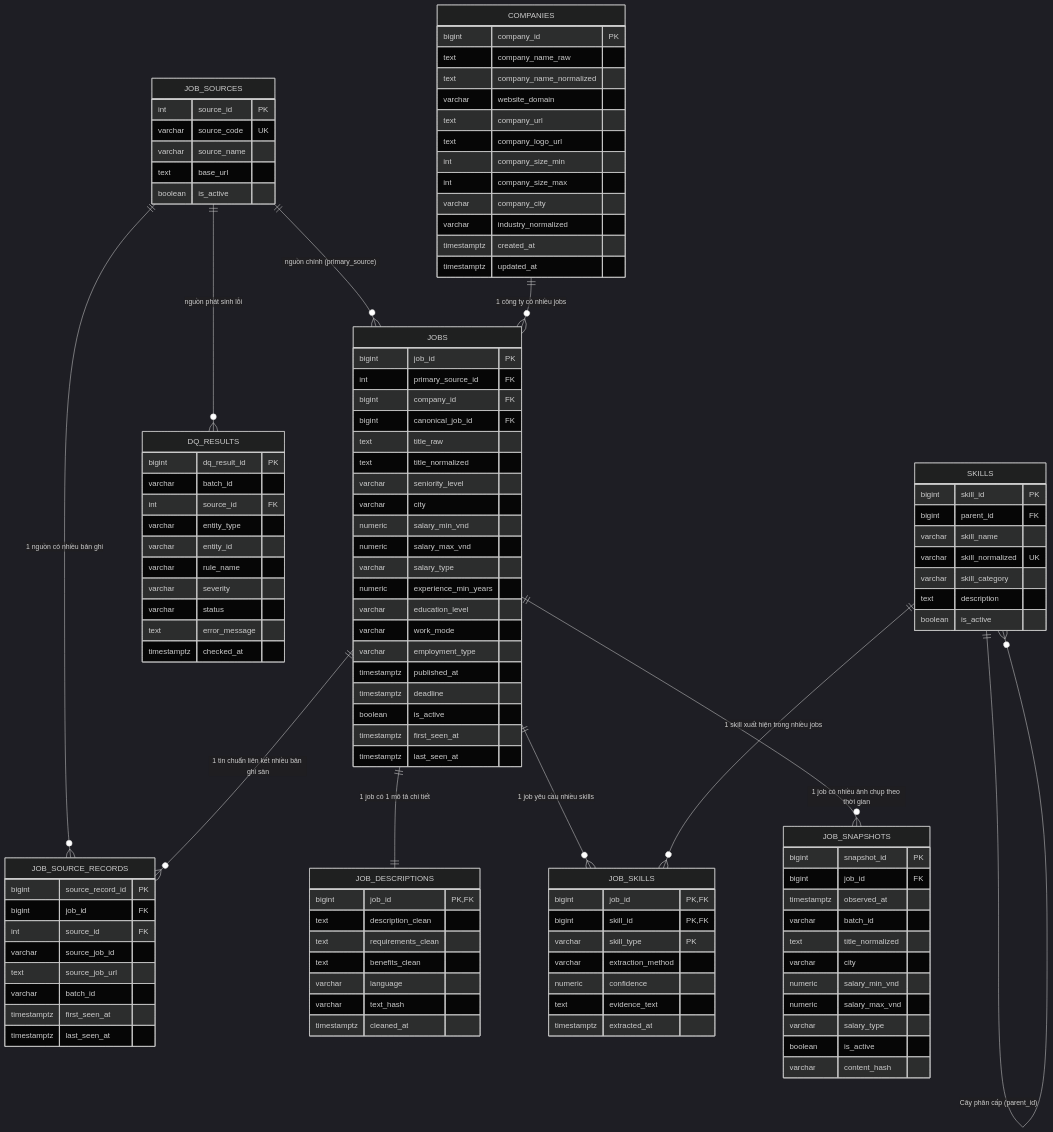
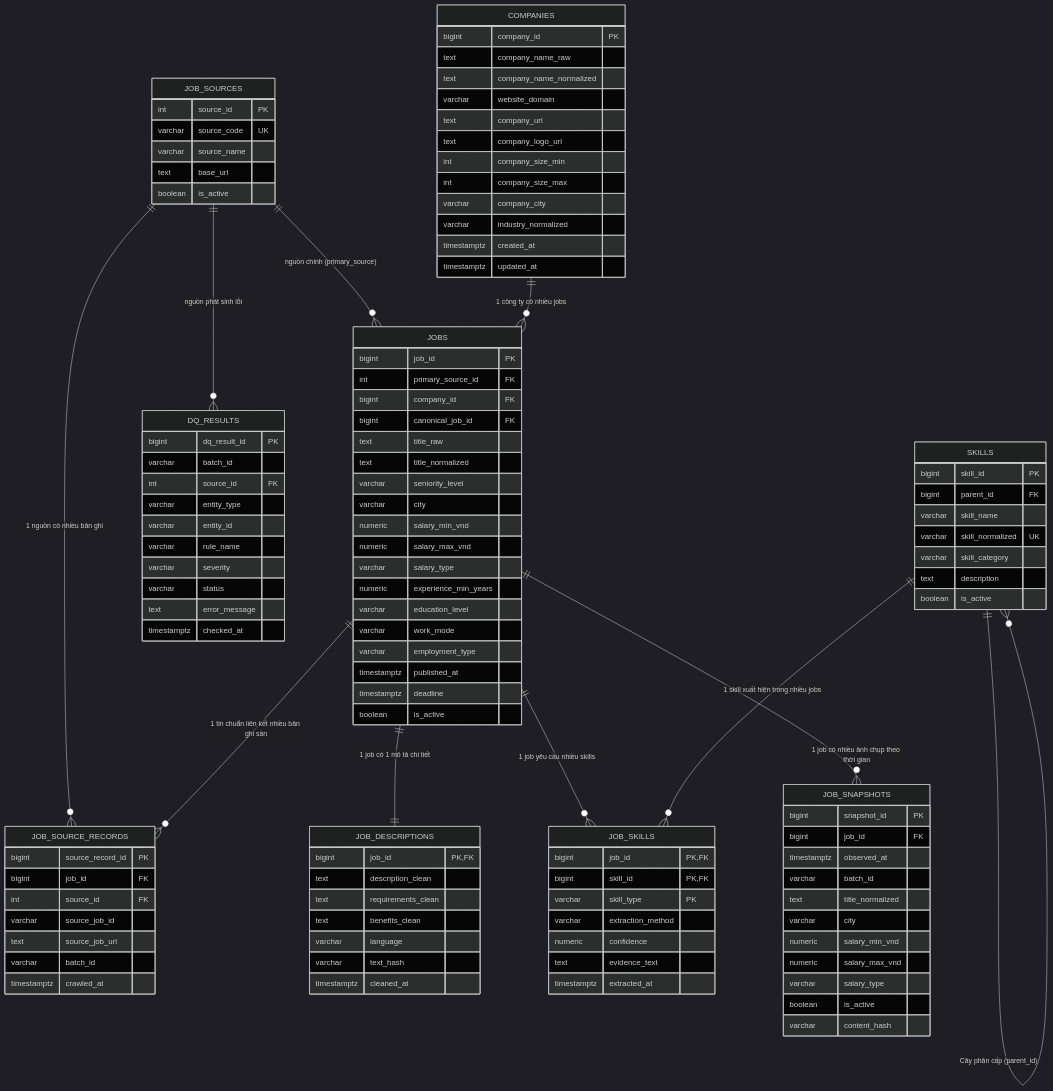
Before and after one commit to doanquangminh14/IT-Job-Market-Intelligence: the diagram in sql/README.md, drawn with Mermaid (dark theme). The commit also changed 12 other files, not shown here.

Commit message:
feat: add silver layer notebooks and SQL schema for IT job market intelligence pipeline

```diff
--- a/sql/README.md
+++ b/sql/README.md
@@ -59,8 +59,6 @@
         timestamptz published_at
         timestamptz deadline
         boolean is_active
-        timestamptz first_seen_at
-        timestamptz last_seen_at
     }
 
     JOB_DESCRIPTIONS {
@@ -108,8 +106,7 @@
         varchar source_job_id
         text source_job_url
         varchar batch_id
-        timestamptz first_seen_at
-        timestamptz last_seen_at
+        timestamptz crawled_at
     }
 
     JOB_SNAPSHOTS {
```
